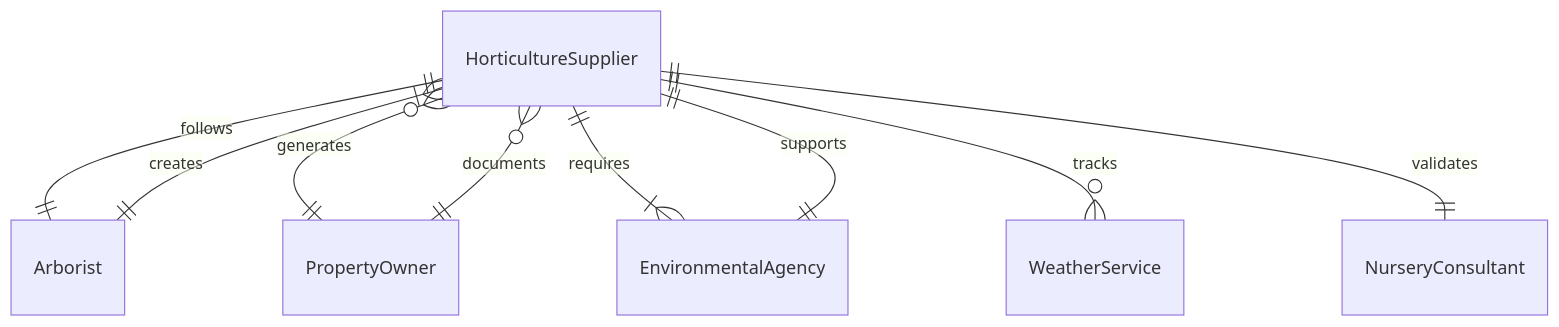
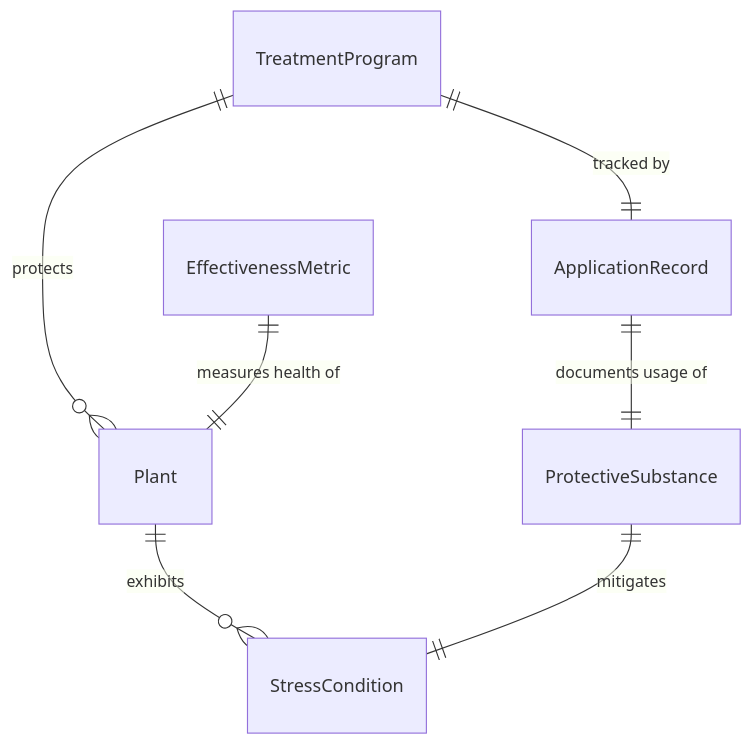
The first of 4 diagrams in HandlingAndMovingObjects/ApplyProtectiveSolutionsOrCoatings/TreatGreenerySurfacesProtectiveSubstances.mdx (dot-org-ai/tasks.org.ai), drawn with Mermaid before and after one commit. The commit also changed other lines of this file and 40 other files, not shown here.

First line of the commit message:
fix: Replace Actor-based ER and State diagrams with Entity/Event-based diagrams in 41 HandlingAndMovingObjects DWA files

````diff
--- a/HandlingAndMovingObjects/ApplyProtectiveSolutionsOrCoatings/TreatGreenerySurfacesProtectiveSubstances.mdx
+++ b/HandlingAndMovingObjects/ApplyProtectiveSolutionsOrCoatings/TreatGreenerySurfacesProtectiveSubstances.mdx
@@ -86,11 +86,9 @@
 ```mermaid
 erDiagram
-    HorticultureSupplier ||--|| Arborist : follows
-    HorticultureSupplier }o--|| PropertyOwner : generates
-    HorticultureSupplier ||--|{ EnvironmentalAgency : requires
-    HorticultureSupplier ||--o{ WeatherService : tracks
-    HorticultureSupplier ||--|| NurseryConsultant : validates
-    Arborist ||--|{ HorticultureSupplier : creates
-    PropertyOwner ||--o{ HorticultureSupplier : documents
-    EnvironmentalAgency ||--|| HorticultureSupplier : supports
+    TreatmentProgram ||--o{ Plant : "protects"
+    Plant ||--o{ StressCondition : "exhibits"
+    ProtectiveSubstance ||--|| StressCondition : "mitigates"
+    ApplicationRecord ||--|| ProtectiveSubstance : "documents usage of"
+    EffectivenessMetric ||--|| Plant : "measures health of"
+    TreatmentProgram ||--|| ApplicationRecord : "tracked by"
 ```
````
